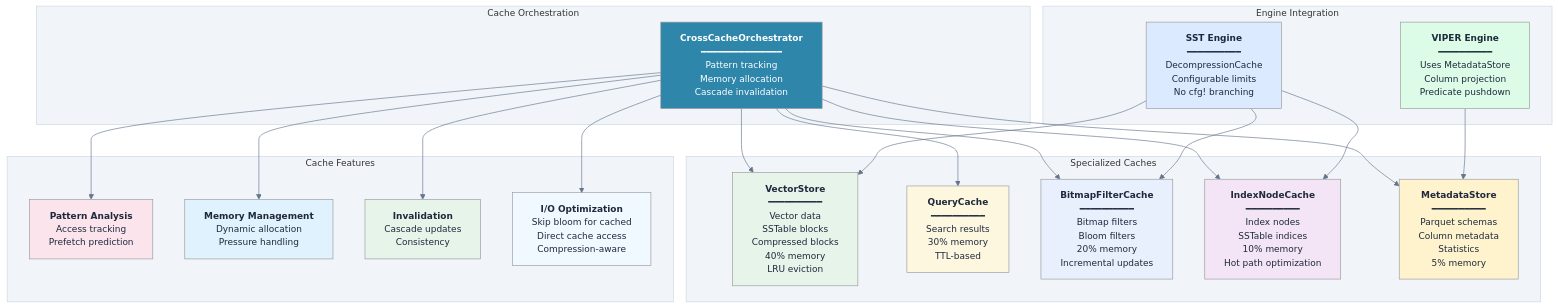
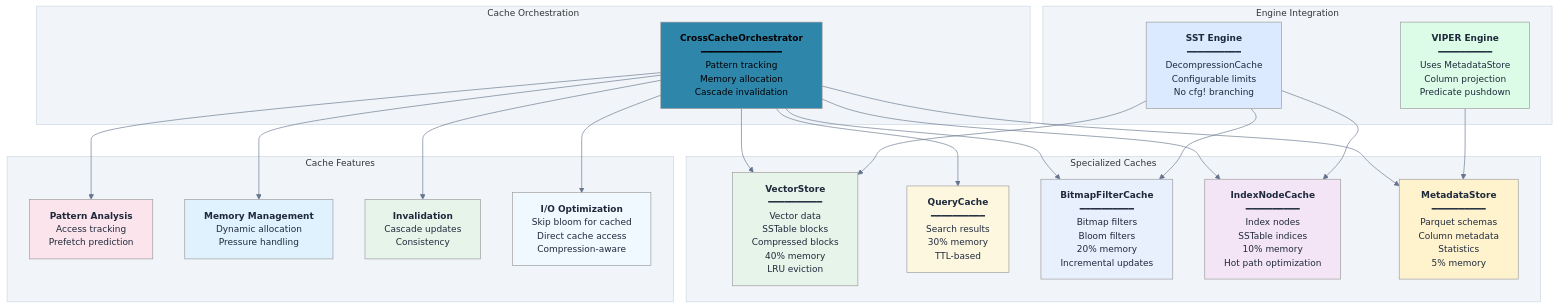
One commit to vjsingh1984/proximaDB changed the diagram in docs/diagrams/cache-system-abstract.mmd. Above: the diagram before and after it, drawn with Mermaid. The commit also changed 33 other files, not shown here.

First line of the commit message:
fix: resolve test compilation errors and improve diagram rendering

```diff
--- a/docs/diagrams/cache-system-abstract.mmd
+++ b/docs/diagrams/cache-system-abstract.mmd
@@ -1,64 +1,64 @@
 %%{init: {"theme":"neutral", "themeVariables": {"primaryColor":"#2563eb","primaryTextColor":"#ffffff","primaryBorderColor":"#1e40af","lineColor":"#64748b","secondaryColor":"#10b981","secondaryTextColor":"#ffffff","tertiaryColor":"#f59e0b","tertiaryTextColor":"#ffffff","background":"transparent","mainBkg":"#ffffff","secondBkg":"#f8fafc","textColor":"#1e293b","nodeTextColor":"#1e293b","fontFamily":"-apple-system, BlinkMacSystemFont, Segoe UI, Roboto, sans-serif","fontSize":"14px","clusterBkg":"#f1f5f9","clusterBorder":"#cbd5e1","edgeLabelBackground":"#ffffff"}}}%%
 graph TB
     subgraph "Cache Orchestration"
         Orchestrator[<b>CrossCacheOrchestrator</b><br/>━━━━━━━━━━━━━━━<br/>Pattern tracking<br/>Memory allocation<br/>Cascade invalidation]
     end
     
     subgraph "Specialized Caches"
         VectorCache[<b>VectorStore</b><br/>━━━━━━━━━━<br/>Vector data<br/>SSTable blocks<br/>Compressed blocks<br/>40% memory<br/>LRU eviction]
         
         QueryCache[<b>QueryCache</b><br/>━━━━━━━━━━<br/>Search results<br/>30% memory<br/>TTL-based]
         
         FilterCache[<b>BitmapFilterCache</b><br/>━━━━━━━━━━<br/>Bitmap filters<br/>Bloom filters<br/>20% memory<br/>Incremental updates]
         
         IndexCache[<b>IndexNodeCache</b><br/>━━━━━━━━━━<br/>Index nodes<br/>SSTable indices<br/>10% memory<br/>Hot path optimization]
         
         MetadataCache[<b>MetadataStore</b><br/>━━━━━━━━━━<br/>Parquet schemas<br/>Column metadata<br/>Statistics<br/>5% memory]
     end
     
     subgraph "Engine Integration"
         SSTEngine[<b>SST Engine</b><br/>━━━━━━━━━━<br/>DecompressionCache<br/>Configurable limits<br/>No cfg! branching]
         
         VIPEREngine[<b>VIPER Engine</b><br/>━━━━━━━━━━<br/>Uses MetadataStore<br/>Column projection<br/>Predicate pushdown]
         
     end
     
     subgraph "Cache Features"
         Pattern[<b>Pattern Analysis</b><br/>Access tracking<br/>Prefetch prediction]
         
         Memory[<b>Memory Management</b><br/>Dynamic allocation<br/>Pressure handling]
         
         Invalidation[<b>Invalidation</b><br/>Cascade updates<br/>Consistency]
         
         Optimization[<b>I/O Optimization</b><br/>Skip bloom for cached<br/>Direct cache access<br/>Compression-aware]
     end
     
     Orchestrator --> VectorCache
     Orchestrator --> QueryCache
     Orchestrator --> FilterCache
     Orchestrator --> IndexCache
     Orchestrator --> MetadataCache
     
     SSTEngine --> VectorCache
     SSTEngine --> IndexCache
     SSTEngine --> FilterCache
     
     VIPEREngine --> MetadataCache
     
     Orchestrator --> Pattern
     Orchestrator --> Memory
     Orchestrator --> Invalidation
     Orchestrator --> Optimization
     
-    style Orchestrator fill:#2E86AB,color:#fff
+    style Orchestrator fill:#2E86AB,color:#000000
     style VectorCache fill:#e6f4ea
     style QueryCache fill:#fef7e0
     style FilterCache fill:#e8f0fe
     style IndexCache fill:#f3e5f5
     style MetadataCache fill:#fff3cd
     style Pattern fill:#fce4ec
     style Memory fill:#e0f2fe
     style Invalidation fill:#e6f4ea
     style Optimization fill:#f0f9ff
     style SSTEngine fill:#dbeafe
     style VIPEREngine fill:#dcfce7
```
